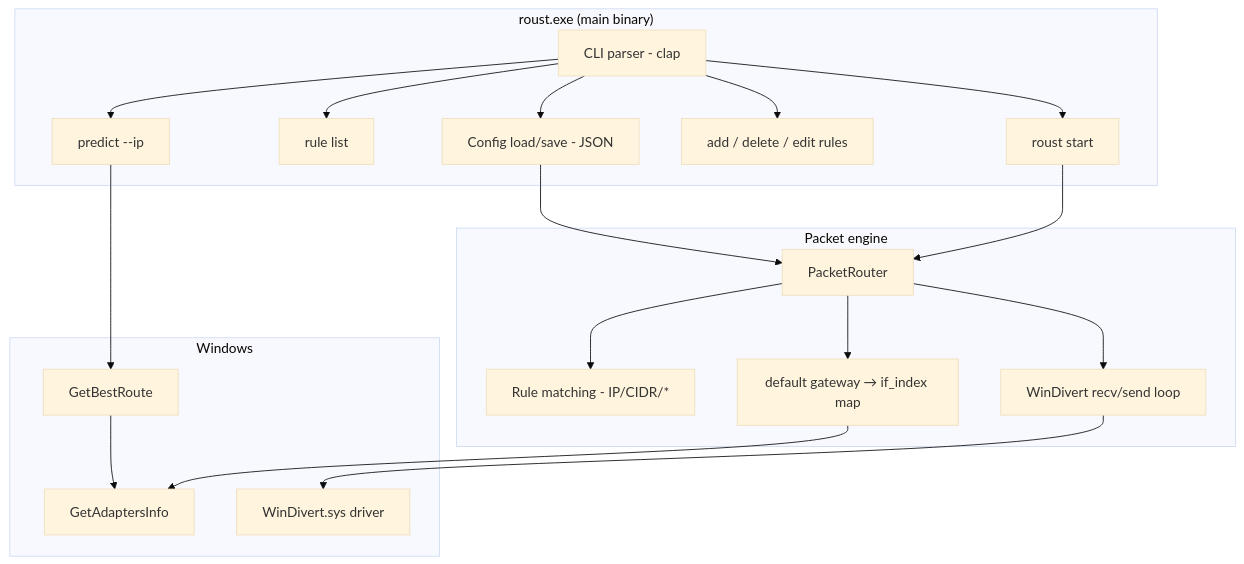
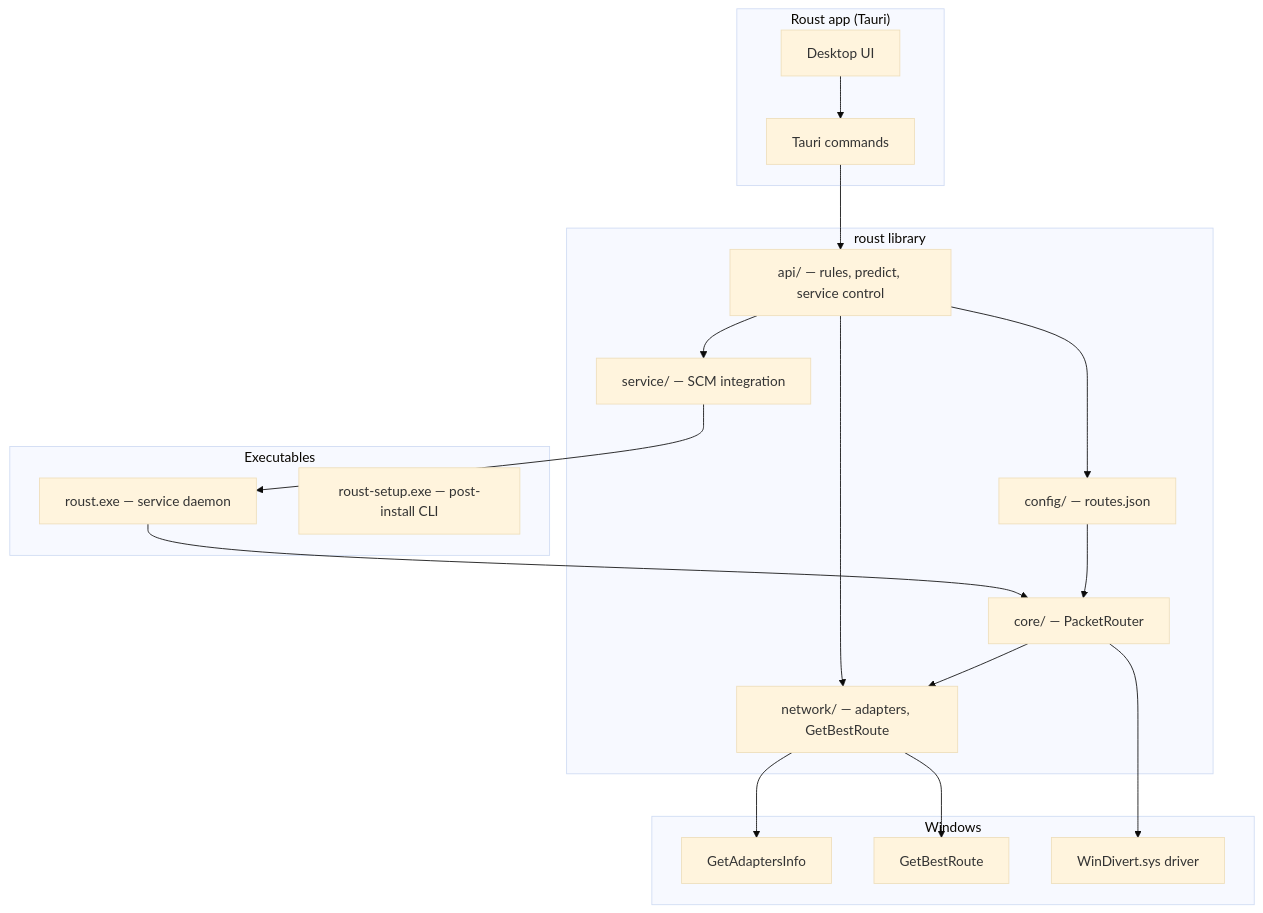
One commit to ArminDashti/roust changed the first of 2 diagrams in core/docs/HOW-IT-WORKS.md. Above: the diagram before and after it, drawn with Mermaid (base theme). The commit also changed other lines of this file and 18 other files, not shown here.

First line of the commit message:
Use cidr/rewrite-to schema; refactor config/api

````diff
--- a/core/docs/HOW-IT-WORKS.md
+++ b/core/docs/HOW-IT-WORKS.md
@@ -13,39 +13,39 @@
 ```mermaid
 flowchart TB
-    subgraph CLI["roust.exe (main binary)"]
-        Parse[CLI parser - clap]
-        ConfigIO[Config load/save - JSON]
-        RuleList[rule list]
-        PredictCmd[predict --ip]
-        RuleCmd[add / delete / edit rules]
-        Start[roust start]
+    subgraph GUI["Roust app (Tauri)"]
+        UI[Desktop UI]
+        TauriCmd[Tauri commands]
     end
 
-    subgraph Core["Packet engine"]
-        Router[PacketRouter]
-        Match[Rule matching - IP/CIDR/*]
-        GwMap[default gateway → if_index map]
-        WinDiv[WinDivert recv/send loop]
+    subgraph CoreLib["roust library"]
+        API[api/ — rules, predict, service control]
+        ConfigIO[config/ — routes.json]
+        Svc[service/ — SCM integration]
+        Router[core/ — PacketRouter]
+        Net[network/ — adapters, GetBestRoute]
+    end
+
+    subgraph Binaries["Executables"]
+        RoustExe[roust.exe — service daemon]
+        SetupExe[roust-setup.exe — post-install CLI]
     end
 
     subgraph OS["Windows"]
         Adapters[GetAdaptersInfo]
         BestRoute[GetBestRoute]
         Driver[WinDivert.sys driver]
     end
 
-    Parse --> ConfigIO
-    Parse --> RuleList
-    Parse --> PredictCmd
-    Parse --> RuleCmd
-    Parse --> Start
-    Start --> Router
+    UI --> TauriCmd
+    TauriCmd --> API
+    API --> ConfigIO
+    API --> Svc
+    API --> Net
+    Svc --> RoustExe
+    RoustExe --> Router
     ConfigIO --> Router
-    Router --> Match
-    Router --> GwMap
-    GwMap --> Adapters
-    PredictCmd --> BestRoute
-    BestRoute --> Adapters
-    Router --> WinDiv
-    WinDiv --> Driver
+    Router --> Net
+    Net --> Adapters
+    Net --> BestRoute
+    Router --> Driver
 ```
````
